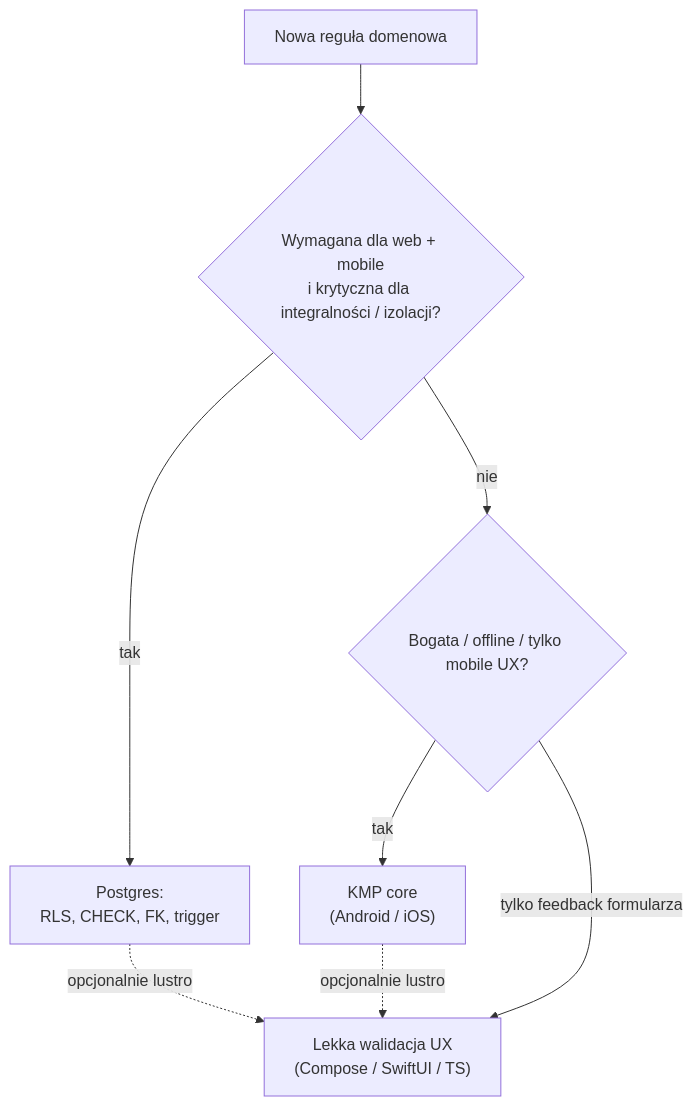
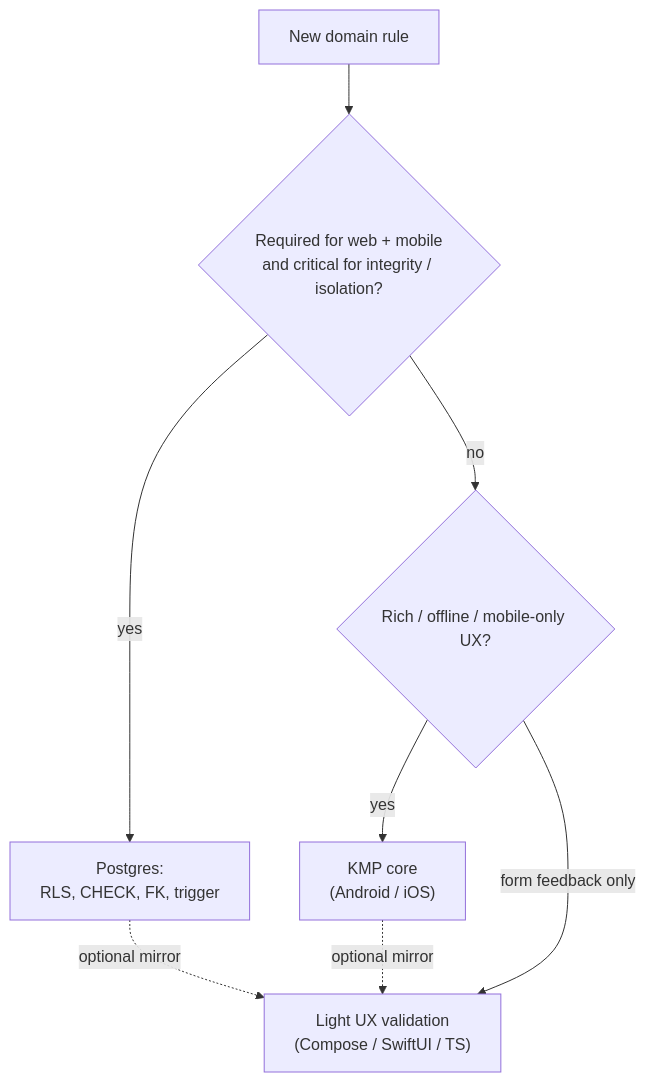
The diagram in docs/architecture/postgres-invariants.md (MarekBiolik/GymManager), drawn with Mermaid before and after one commit. The commit also changed other lines of this file and 29 other files, not shown here.

First line of the commit message:
docs: translate architecture foundations to English

````diff
--- a/docs/architecture/postgres-invariants.md
+++ b/docs/architecture/postgres-invariants.md
@@ -17,16 +17,16 @@
 ```mermaid
 flowchart TD
-  Rule["Nowa reguła domenowa"]
-  Q1{"Wymagana dla web + mobile\ni krytyczna dla integralności / izolacji?"}
-  Q2{"Bogata / offline / tylko mobile UX?"}
+  Rule["New domain rule"]
+  Q1{"Required for web + mobile\nand critical for integrity / isolation?"}
+  Q2{"Rich / offline / mobile-only UX?"}
   PG["Postgres:\nRLS, CHECK, FK, trigger"]
   Core["KMP core\n(Android / iOS)"]
-  UX["Lekka walidacja UX\n(Compose / SwiftUI / TS)"]
+  UX["Light UX validation\n(Compose / SwiftUI / TS)"]
   Rule --> Q1
-  Q1 -->|tak| PG
-  Q1 -->|nie| Q2
-  Q2 -->|tak| Core
-  Q2 -->|tylko feedback formularza| UX
-  PG -.->|"opcjonalnie lustro"| UX
-  Core -.->|"opcjonalnie lustro"| UX
+  Q1 -->|yes| PG
+  Q1 -->|no| Q2
+  Q2 -->|yes| Core
+  Q2 -->|form feedback only| UX
+  PG -.->|"optional mirror"| UX
+  Core -.->|"optional mirror"| UX
 ```
````
